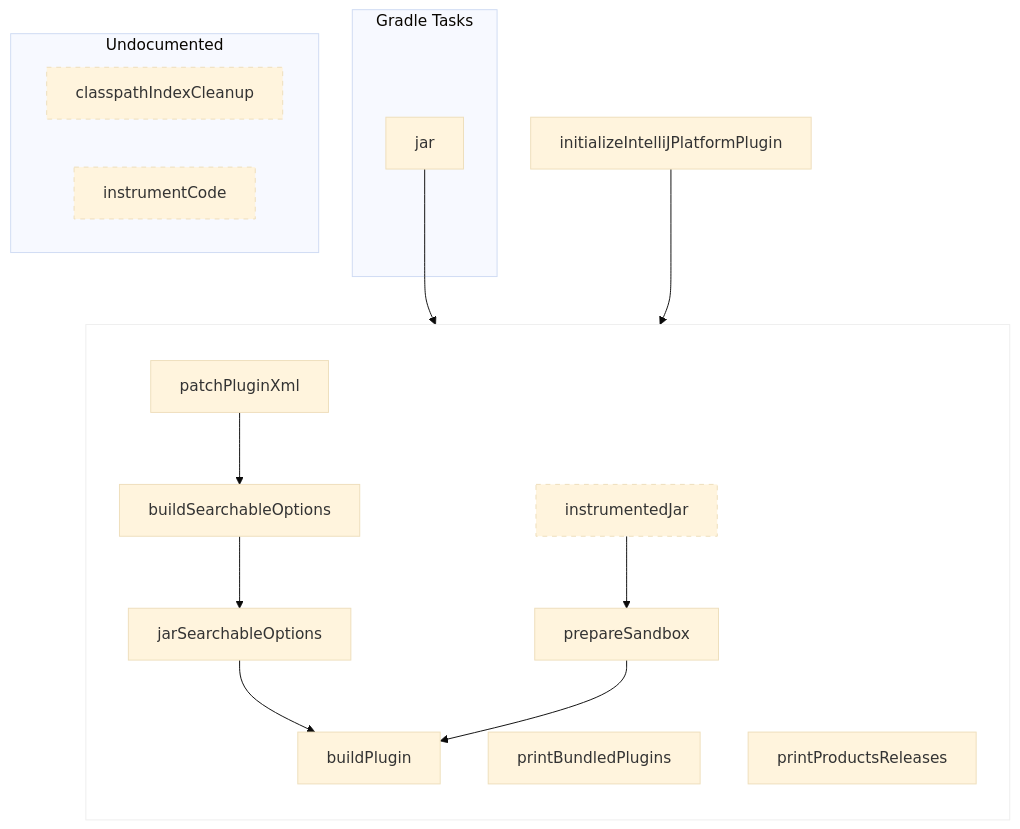
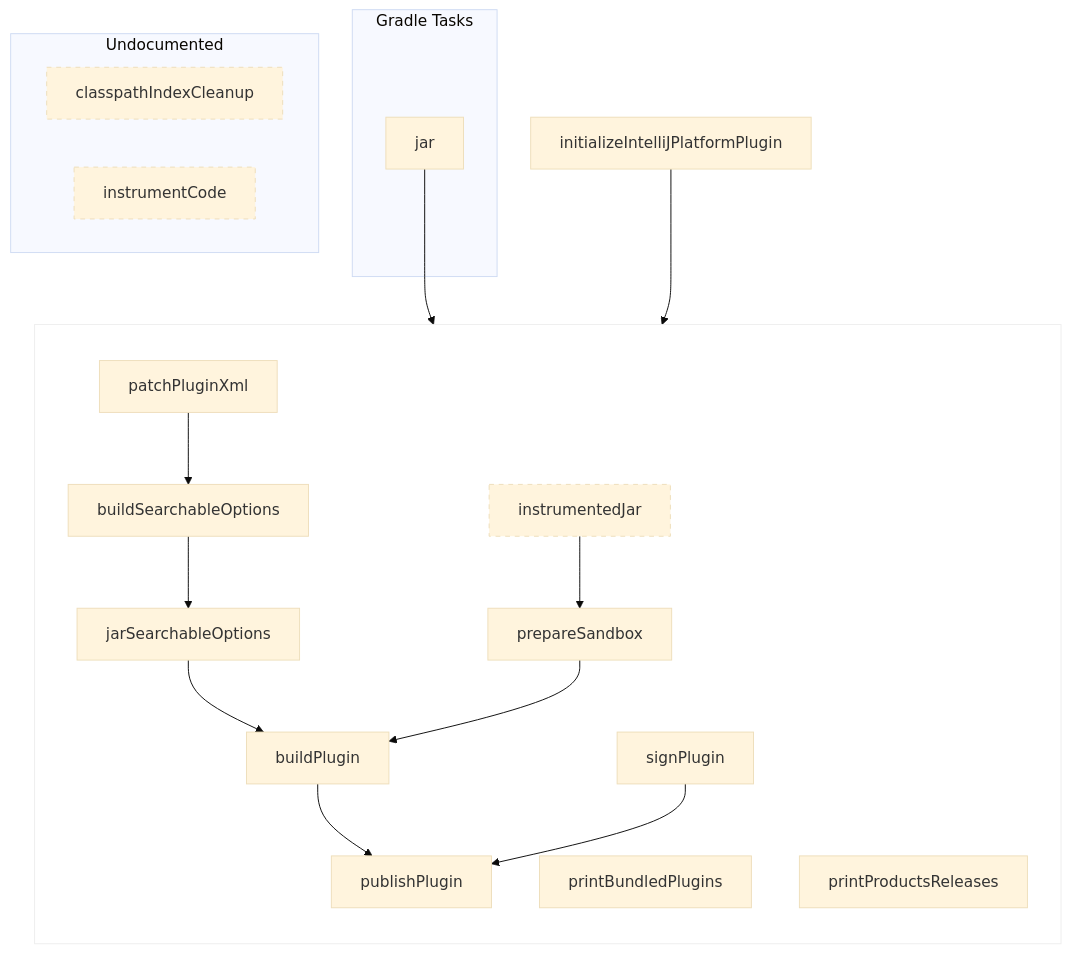
Before and after one commit to JetBrains/intellij-sdk-docs: the diagram in topics/appendix/tools/intellij_platform_gradle_plugin/tools_intellij_platform_gradle_plugin_tasks.md, drawn with Mermaid (base theme). The commit also changed other lines of this file, not shown here.

Commit message:
IntelliJ Platform Gradle Plugin: `publishPlugin` task

````diff
--- a/topics/appendix/tools/intellij_platform_gradle_plugin/tools_intellij_platform_gradle_plugin_tasks.md
+++ b/topics/appendix/tools/intellij_platform_gradle_plugin/tools_intellij_platform_gradle_plugin_tasks.md
@@ -15,49 +15,53 @@
 ```mermaid
 flowchart
     subgraph Gradle Tasks
         jar
     end
 
     subgraph ALL ["` `"]
         direction TB
 
         buildPlugin
         buildSearchableOptions
         jarSearchableOptions
         patchPluginXml
         prepareSandbox
         printBundledPlugins
         printProductsReleases
+        publishPlugin
+        signPlugin
 
         jarSearchableOptions & prepareSandbox --> buildPlugin
         patchPluginXml --> buildSearchableOptions
         buildSearchableOptions --> jarSearchableOptions
         jar & instrumentedJar --> prepareSandbox
+        buildPlugin & signPlugin --> publishPlugin
     end
 
     initializeIntelliJPlatformPlugin --> ALL
 
     subgraph Undocumented
         classpathIndexCleanup
         instrumentCode
         instrumentedJar
     end
 
     click buildPlugin "#buildPlugin"
     click buildSearchableOptions "#buildSearchableOptions"
     click classpathIndexCleanup "#classpathIndexCleanup"
     click initializeIntelliJPlatformPlugin "#initializeIntelliJPlatformPlugin"
     click instrumentCode "#instrumentCode"
     click instrumentedJar "#instrumentedJar"
     click jarSearchableOptions "#jarSearchableOptions"
     click patchPluginXml "#patchPluginXml"
     click prepareSandbox "#prepareSandbox"
     click printBundledPlugins "#printBundledPlugins"
     click printProductsReleases "#printProductsReleases"
+    click publishPlugin "#publishPlugin"
 
     style classpathIndexCleanup stroke-dasharray: 5 5
     style instrumentCode stroke-dasharray: 5 5
     style instrumentedJar stroke-dasharray: 5 5
 
     style ALL fill:transparent,stroke:#eee
 ```
````
